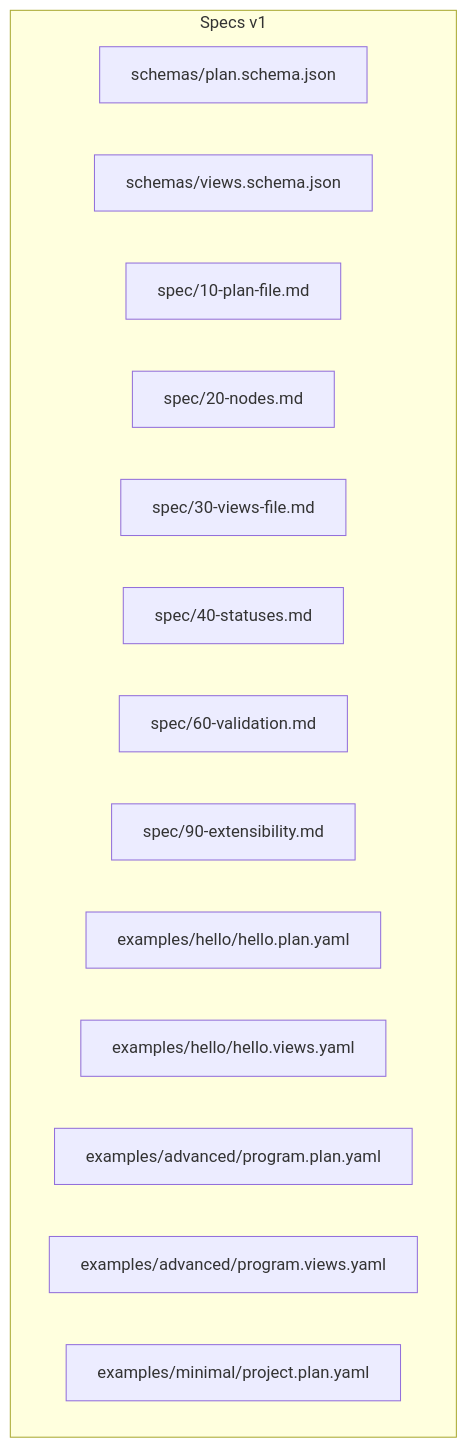
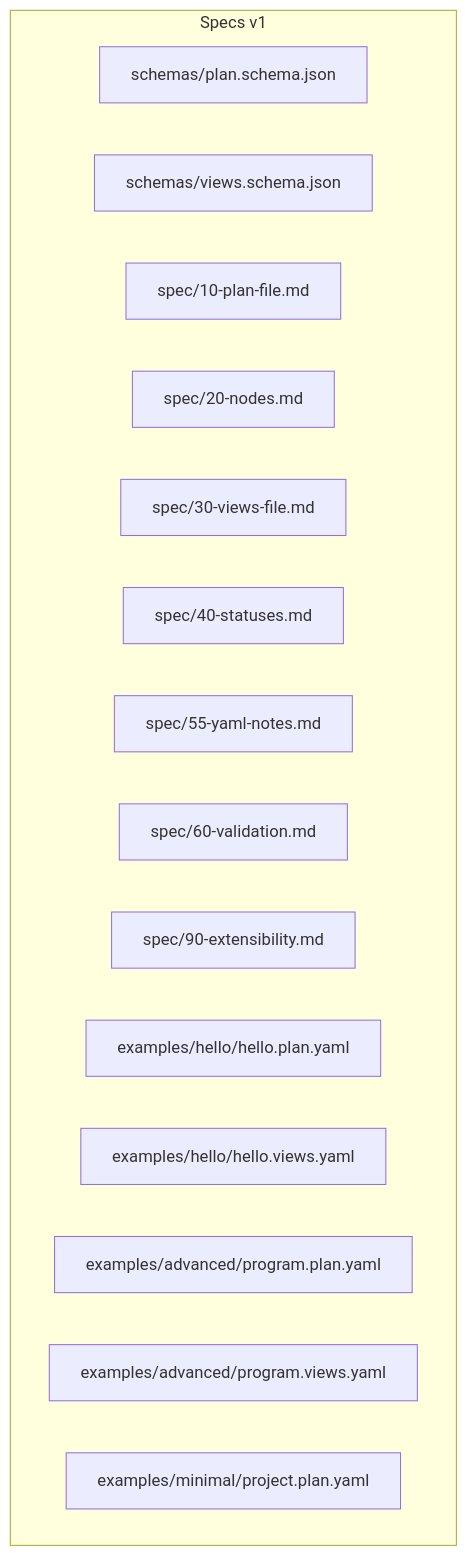
The first of 5 diagrams in .qoder/repowiki/en/content/Specification Reference/File Formats/File Formats.md (asukhodko/opskarta), drawn with Mermaid before and after one commit. The commit also changed other lines of this file and 5 other files, not shown here.

````diff
--- a/.qoder/repowiki/en/content/Specification Reference/File Formats/File Formats.md
+++ b/.qoder/repowiki/en/content/Specification Reference/File Formats/File Formats.md
@@ -46,18 +56,19 @@
 ```mermaid
 graph TB
 subgraph "Specs v1"
 S1["schemas/plan.schema.json"]
 S2["schemas/views.schema.json"]
 D1["spec/10-plan-file.md"]
 D2["spec/20-nodes.md"]
 D3["spec/30-views-file.md"]
 D4["spec/40-statuses.md"]
+D5["spec/55-yaml-notes.md"]
 D6["spec/60-validation.md"]
 D9["spec/90-extensibility.md"]
 E_hello_plan["examples/hello/hello.plan.yaml"]
 E_hello_views["examples/hello/hello.views.yaml"]
 E_adv_plan["examples/advanced/program.plan.yaml"]
 E_adv_views["examples/advanced/program.views.yaml"]
 E_min_plan["examples/minimal/project.plan.yaml"]
 end
 ```
````
